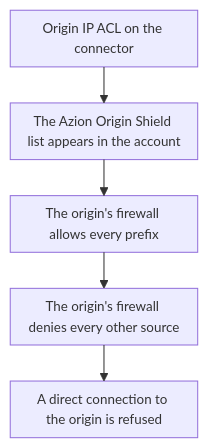
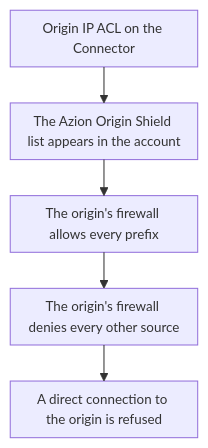
Before and after one commit to aziontech/docs: the diagram in apps/docs/src/content/docs/en/pages/guides/bots-and-network/restrict-an-origin-to-azion-with-origin-ip-acl.mdx, drawn with Mermaid. The commit also changed other lines of this file and 83 other files, not shown here.

````diff
--- a/apps/docs/src/content/docs/en/pages/guides/bots-and-network/restrict-an-origin-to-azion-with-origin-ip-acl.mdx
+++ b/apps/docs/src/content/docs/en/pages/guides/bots-and-network/restrict-an-origin-to-azion-with-origin-ip-acl.mdx
@@ -21,8 +21,8 @@
 ```mermaid
 %%{init: {"layout": "elk", "themeVariables": {"fontSize": "13px"}, "flowchart": {"nodeSpacing": 24, "rankSpacing": 36, "padding": 8, "wrappingWidth": 150, "useMaxWidth": true}, "sequence": {"width": 120, "actorMargin": 30, "useMaxWidth": true}}}%%
 flowchart TD
-  Switch["Origin IP ACL on the connector"] --> List["The Azion Origin Shield list appears in the account"]
+  Switch["Origin IP ACL on the Connector"] --> List["The Azion Origin Shield list appears in the account"]
   List --> Allow["The origin's firewall allows every prefix"]
   Allow --> Deny["The origin's firewall denies every other source"]
   Deny --> Check["A direct connection to the origin is refused"]
 ```
````
